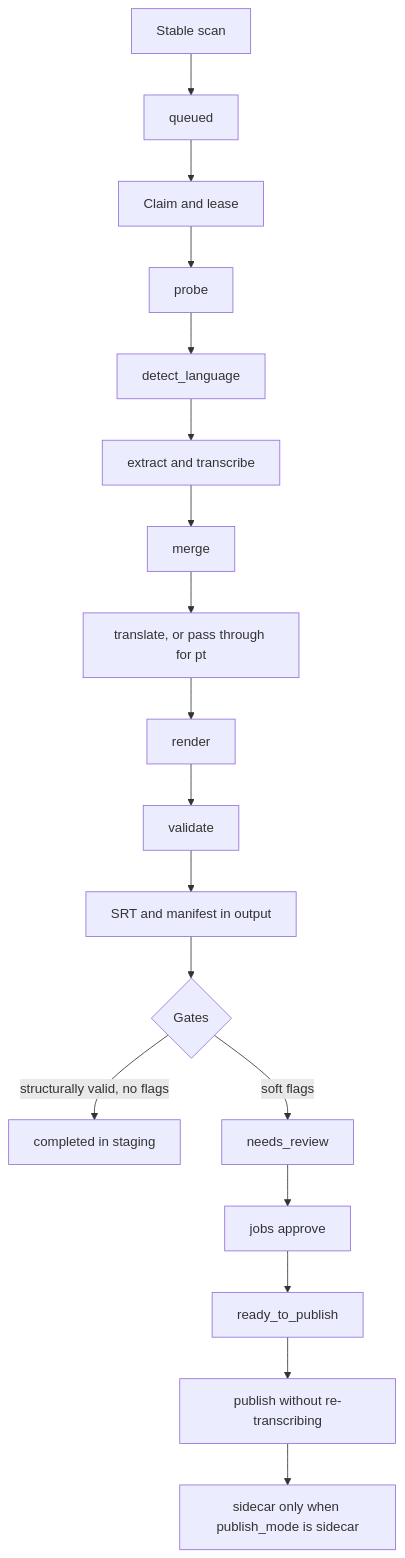
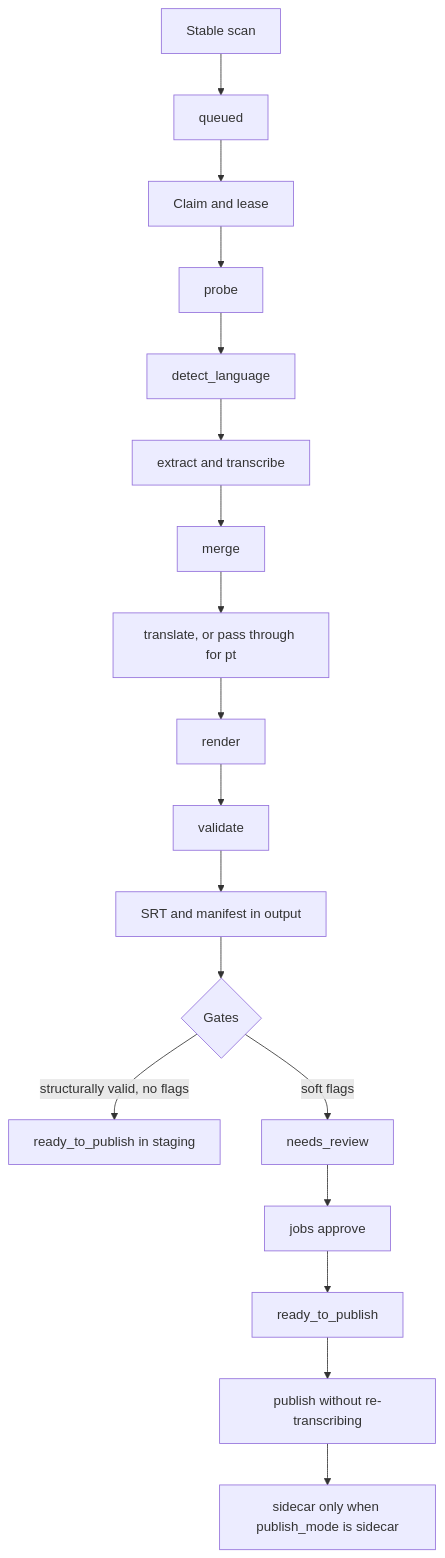
One commit to M-Guimaraes/subtitles changed the diagram in docs/architecture.md. Above: the diagram before and after it, drawn with Mermaid. The commit also changed 3 other files, not shown here.

````diff
--- a/docs/architecture.md
+++ b/docs/architecture.md
@@ -12,20 +12,20 @@
 ```mermaid
 flowchart TD
   scan[Stable scan] --> queued[queued]
   queued --> claim[Claim and lease]
   claim --> probe[probe]
   probe --> detect[detect_language]
   detect --> chunks[extract and transcribe]
   chunks --> merge[merge]
   merge --> translate[translate, or pass through for pt]
   translate --> render[render]
   render --> validate[validate]
   validate --> staging[SRT and manifest in output]
   staging --> review{Gates}
-  review -->|structurally valid, no flags| done[completed in staging]
+  review -->|structurally valid, no flags| done[ready_to_publish in staging]
   review -->|soft flags| needs[needs_review]
   needs --> approve[jobs approve]
   approve --> ready[ready_to_publish]
   ready --> publish[publish without re-transcribing]
   publish --> sidecar[sidecar only when publish_mode is sidecar]
 ```
````
